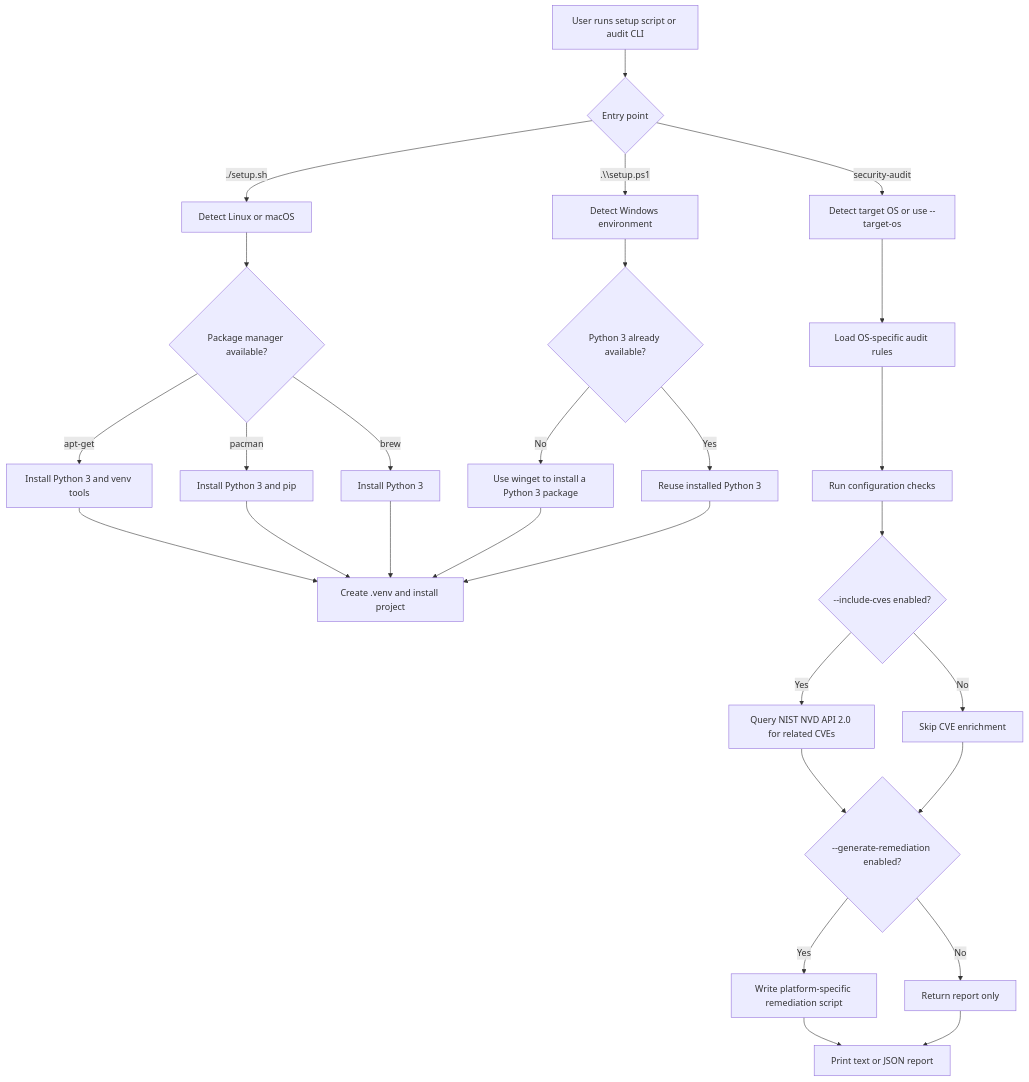
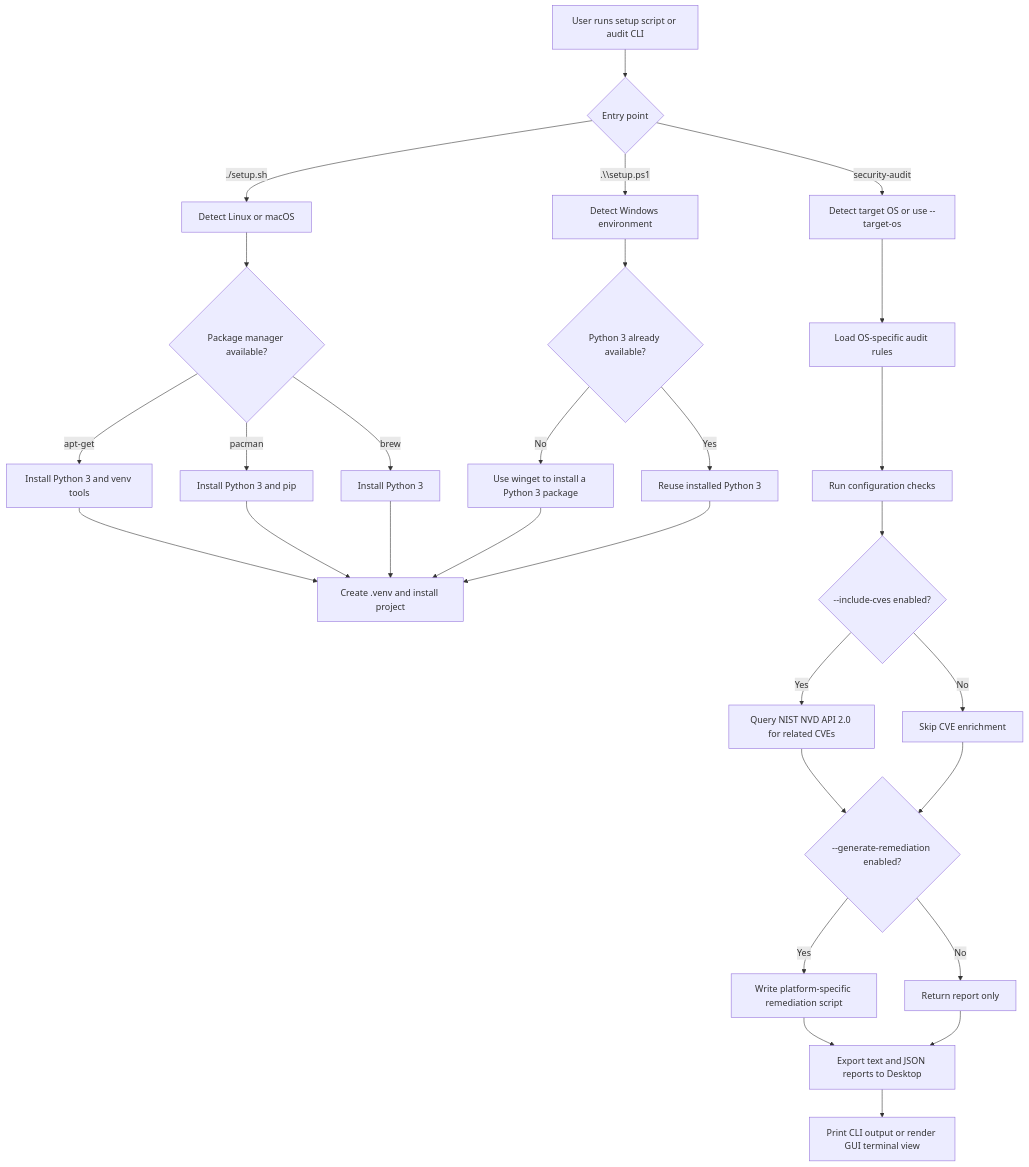
One commit to TacShot/hyntel changed the diagram in README.md. Above: the diagram before and after it, drawn with Mermaid. The commit also changed other lines of this file and 19 other files, not shown here.

````diff
--- a/README.md
+++ b/README.md
@@ -27,33 +30,34 @@
 ```mermaid
 flowchart TD
     A["User runs setup script or audit CLI"] --> B{"Entry point"}
     B -->|"./setup.sh"| C["Detect Linux or macOS"]
     B -->|".\\setup.ps1"| D["Detect Windows environment"]
     B -->|"security-audit"| E["Detect target OS or use --target-os"]
 
     C --> F{"Package manager available?"}
     F -->|"apt-get"| G["Install Python 3 and venv tools"]
     F -->|"pacman"| H["Install Python 3 and pip"]
     F -->|"brew"| I["Install Python 3"]
 
     D --> J{"Python 3 already available?"}
     J -->|"No"| K["Use winget to install a Python 3 package"]
     J -->|"Yes"| L["Reuse installed Python 3"]
     K --> M["Create .venv and install project"]
     G --> M
     H --> M
     I --> M
     L --> M
 
     E --> N["Load OS-specific audit rules"]
     N --> O["Run configuration checks"]
     O --> P{"--include-cves enabled?"}
     P -->|"Yes"| Q["Query NIST NVD API 2.0 for related CVEs"]
     P -->|"No"| R["Skip CVE enrichment"]
     Q --> S{"--generate-remediation enabled?"}
     R --> S
     S -->|"Yes"| T["Write platform-specific remediation script"]
     S -->|"No"| U["Return report only"]
-    T --> V["Print text or JSON report"]
+    T --> V["Export text and JSON reports to Desktop"]
     U --> V
+    V --> W["Print CLI output or render GUI terminal view"]
 ```
````
